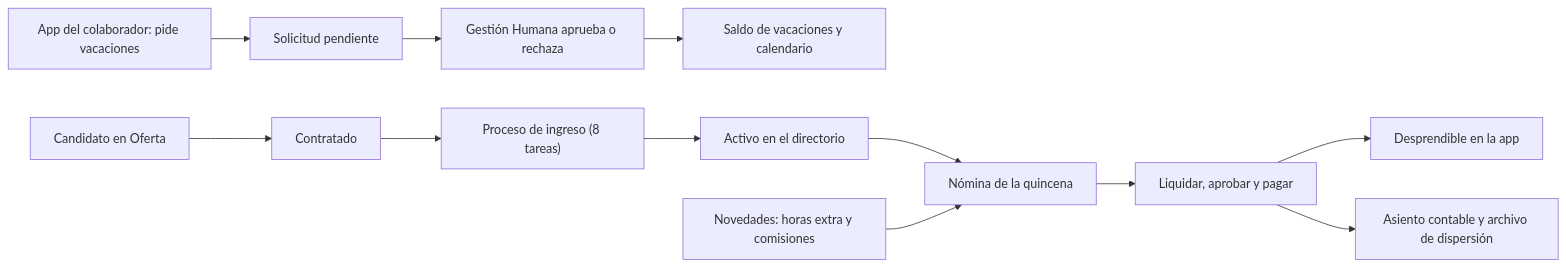
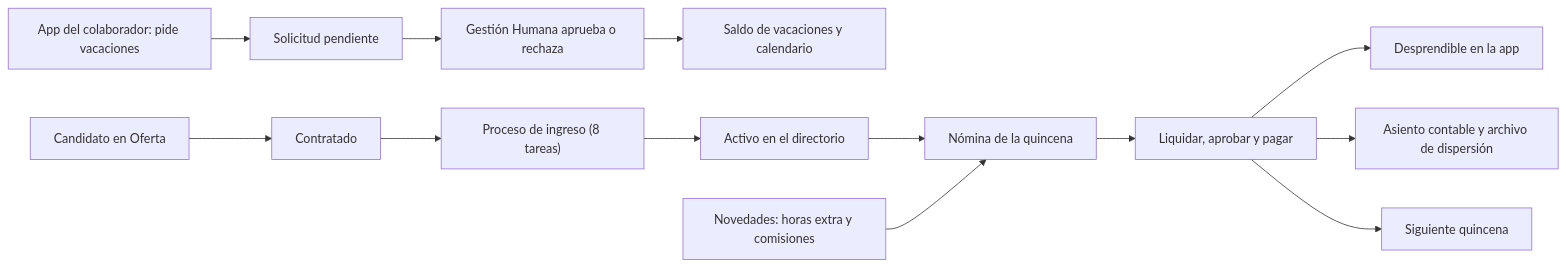
Before and after one commit to ronalc90/koptup: the first of 4 diagrams in docs/wiki/Guia-Demo-hrms.md, drawn with Mermaid. The commit also changed other lines of this file and 35 other files, not shown here.

````diff
--- a/docs/wiki/Guia-Demo-hrms.md
+++ b/docs/wiki/Guia-Demo-hrms.md
@@ -25,14 +33,15 @@
 ```mermaid
 flowchart LR
     APP["App del colaborador: pide vacaciones"] --> PEN["Solicitud pendiente"]
     PEN --> APR["Gestión Humana aprueba o rechaza"]
     APR --> SAL["Saldo de vacaciones y calendario"]
     CAN["Candidato en Oferta"] --> CON["Contratado"]
     CON --> ING["Proceso de ingreso (8 tareas)"]
     ING --> DIR["Activo en el directorio"]
     DIR --> NOM["Nómina de la quincena"]
     NOV["Novedades: horas extra y comisiones"] --> NOM
     NOM --> LIQ["Liquidar, aprobar y pagar"]
     LIQ --> DES["Desprendible en la app"]
     LIQ --> ASI["Asiento contable y archivo de dispersión"]
+    LIQ --> SIG["Siguiente quincena"]
 ```
````
